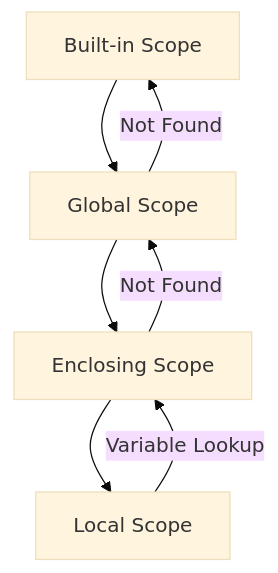
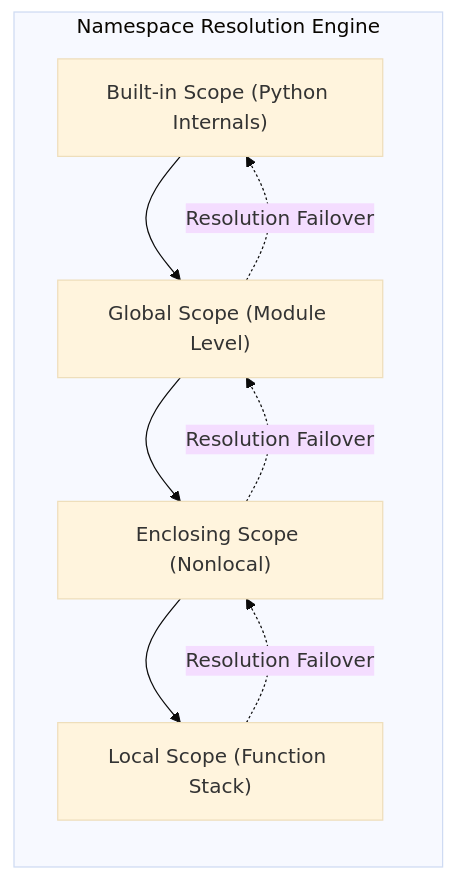
The first of 2 diagrams in Source Code/Variable Scope/README.md (Amey-Thakur/PYTHON-SHORTS), drawn with Mermaid (base theme) before and after one commit. The commit also changed other lines of this file, not shown here.

Commit message:
Python Shorts

````diff
--- a/Source Code/Variable Scope/README.md
+++ b/Source Code/Variable Scope/README.md
@@ -52,10 +56,13 @@
 ```mermaid
 graph TD
-    B[Built-in Scope] --> G[Global Scope]
-    G --> E[Enclosing Scope]
-    E --> L[Local Scope]
-    
-    L -->|Variable Lookup| E
-    E -->|Not Found| G
-    G -->|Not Found| B
+    subgraph LEGB ["Namespace Resolution Engine"]
+        direction TB
+        B["Built-in Scope (Python Internals)"] --> G["Global Scope (Module Level)"]
+        G --> E["Enclosing Scope (Nonlocal)"]
+        E --> L["Local Scope (Function Stack)"]
+        
+        L -.->|"Resolution Failover"| E
+        E -.->|"Resolution Failover"| G
+        G -.->|"Resolution Failover"| B
+    end
 ```
````
